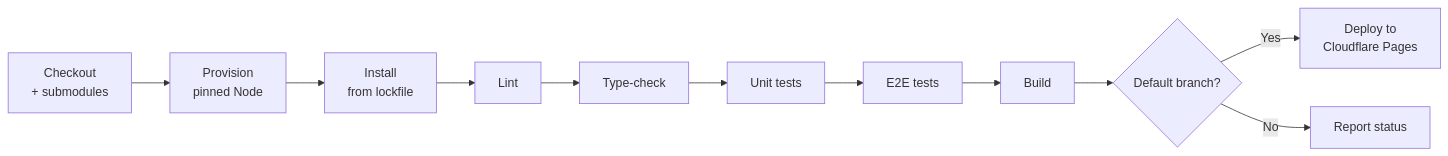
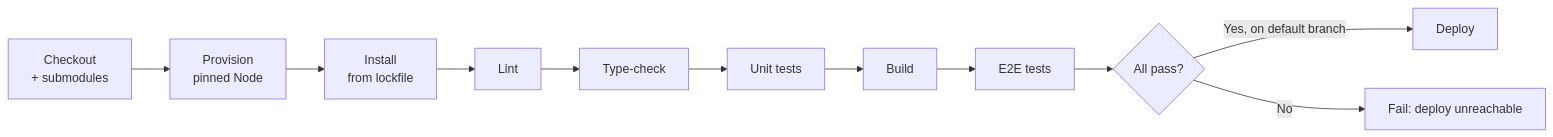
One commit to gjchentw/mmex-pwa changed the third of 4 diagrams in openspec/changes/infrastructure-baseline/specs/infrastructure-baseline/spec.md. Above: the diagram before and after it, drawn with Mermaid. The commit also changed other lines of this file and 18 other files, not shown here.

````diff
--- a/openspec/changes/infrastructure-baseline/specs/infrastructure-baseline/spec.md
+++ b/openspec/changes/infrastructure-baseline/specs/infrastructure-baseline/spec.md
@@ -328,13 +330,13 @@
 ```mermaid
 flowchart LR
     A[Checkout<br/>+ submodules] --> B[Provision<br/>pinned Node]
     B --> C[Install<br/>from lockfile]
     C --> D[Lint]
     D --> E[Type-check]
     E --> F[Unit tests]
-    F --> G[E2E tests]
-    G --> H[Build]
-    H --> I{Default branch?}
-    I -->|Yes| J[Deploy to<br/>Cloudflare Pages]
-    I -->|No| K[Report status]
+    F --> G[Build]
+    G --> H[E2E tests]
+    H --> I{All pass?}
+    I -->|Yes, on default branch| J[Deploy]
+    I -->|No| K[Fail: deploy unreachable]
 ```
````
